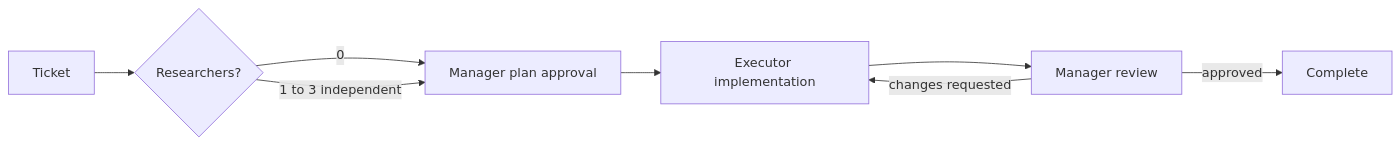
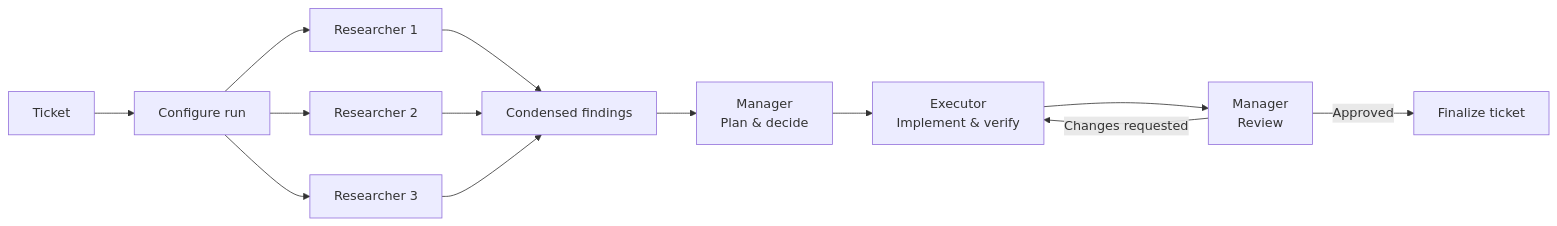
Before and after one commit to MelchiorKokernoot/manager-mode-skill: the diagram in README.md, drawn with Mermaid. The commit also changed other lines of this file, not shown here.

Commit message:
Enhance workflow description in README.md to clarify the Manager Mode process and update flowchart for better visualization

````diff
--- a/README.md
+++ b/README.md
@@ -50,10 +57,19 @@
 ```mermaid
 flowchart LR
-    A[Ticket] --> B{Researchers?}
-    B -->|0| C[Manager plan approval]
-    B -->|1 to 3 independent| C
-    C --> D[Executor implementation]
-    D --> E[Manager review]
-    E -->|changes requested| D
-    E -->|approved| F[Complete]
+    U[Ticket] --> I[Configure run]
+
+    I --> R1[Researcher 1]
+    I --> R2[Researcher 2]
+    I --> R3[Researcher 3]
+
+    R1 --> C[Condensed findings]
+    R2 --> C
+    R3 --> C
+
+    C --> M[Manager<br/>Plan & decide]
+    M --> E[Executor<br/>Implement & verify]
+    E --> V[Manager<br/>Review]
+
+    V -->|Changes requested| E
+    V -->|Approved| D[Finalize ticket]
 ```
````
